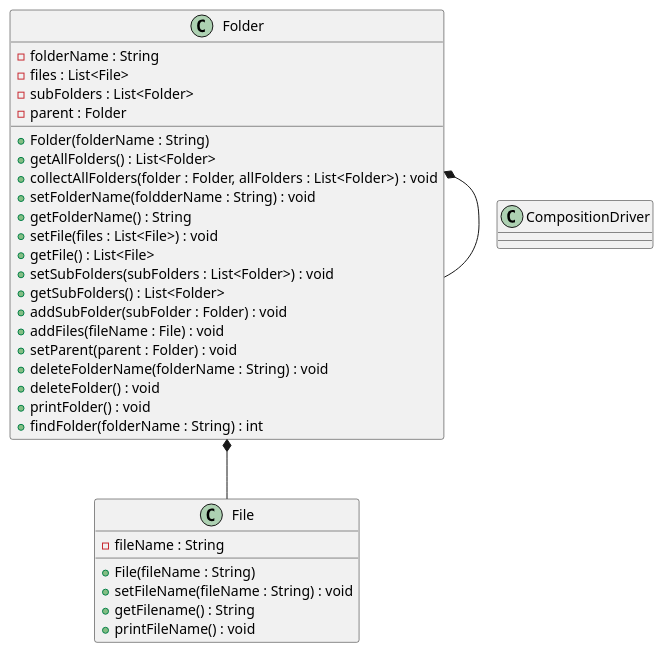
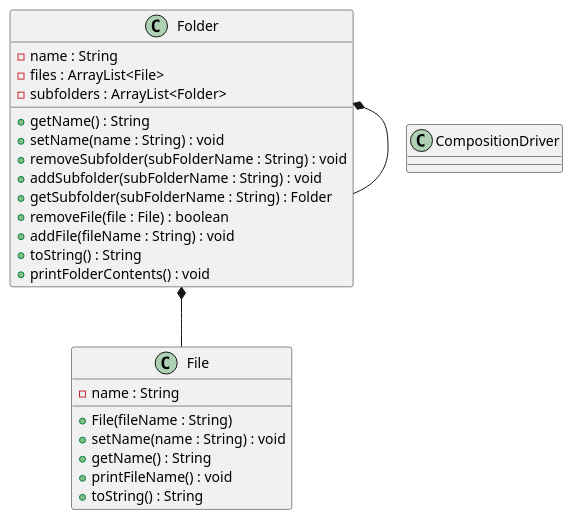
The diagram in Homework 3/ClassHomeworkComposition.puml (kellstsai/CS5800), drawn with PlantUML before and after one commit. The commit also changed 3 other files, not shown here.

```diff
--- a/Homework 3/ClassHomeworkComposition.puml
+++ b/Homework 3/ClassHomeworkComposition.puml
@@ -1,42 +1,35 @@
 @startuml classDiagramComposition
 
 class File{
-    - fileName : String  
+    - name : String  
 
     + File(fileName : String)
-    + setFileName(fileName : String) : void 
-    + getFilename() : String  
+    + setName(name : String) : void 
+    + getName() : String  
     + printFileName() : void 
+    + toString() : String
 }
 
 class Folder{
-    - folderName : String 
-    - files : List<File> 
-    - subFolders : List<Folder> 
-    - parent : Folder
+    - name : String 
+    - files : ArrayList<File>
+    - subfolders : ArrayList<Folder> 
 
-    + Folder(folderName : String)
-    + getAllFolders() : List<Folder>
-    + collectAllFolders(folder : Folder, allFolders : List<Folder>) : void
-    + setFolderName(foldderName : String) : void
-    + getFolderName() : String
-    + setFile(files : List<File>) : void
-    + getFile() : List<File>
-    + setSubFolders(subFolders : List<Folder>) : void
-    + getSubFolders() : List<Folder>
-    + addSubFolder(subFolder : Folder) : void
-    + addFiles(fileName : File) : void
-    + setParent(parent : Folder) : void 
-    + deleteFolderName(folderName : String) : void 
-    + deleteFolder() : void 
-    + printFolder() : void
-    + findFolder(folderName : String) : int
+    + getName() : String
+    + setName(name : String) : void
+    + removeSubfolder(subFolderName : String) : void
+    + addSubfolder(subFolderName : String) : void
+    + getSubfolder(subFolderName : String) : Folder
+    + removeFile(file : File) : boolean 
+    + addFile(fileName : String) : void
+    + toString() : String
+    + printFolderContents() : void
 }
 
 class CompositionDriver{
 
 }
 
 Folder *-- Folder 
 Folder *-- File 
 @enduml 
```
